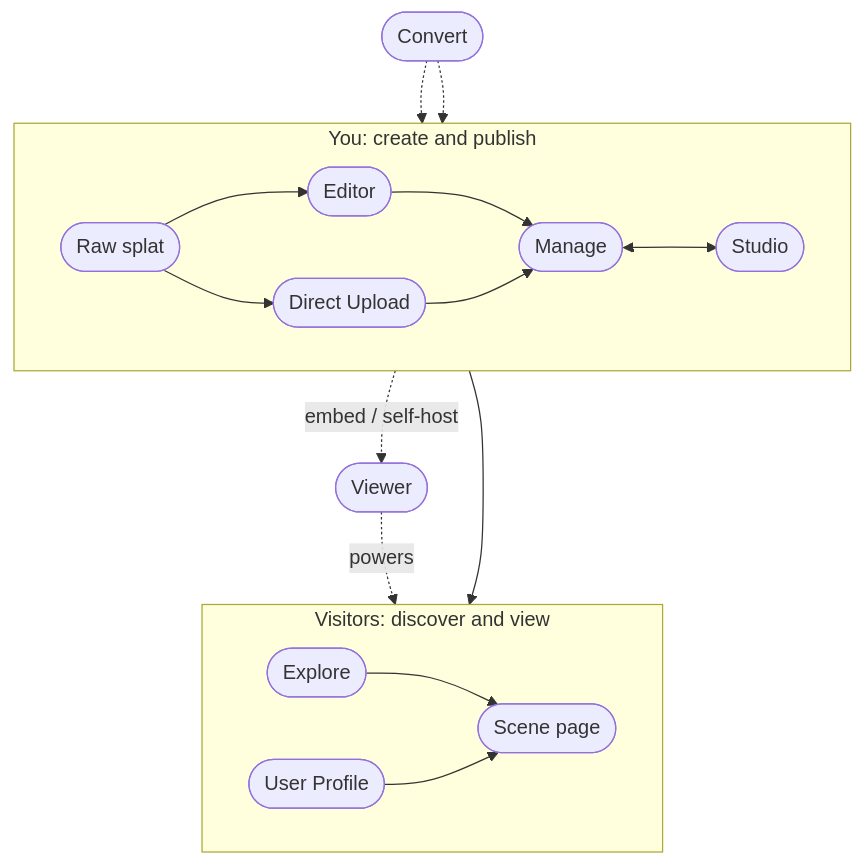
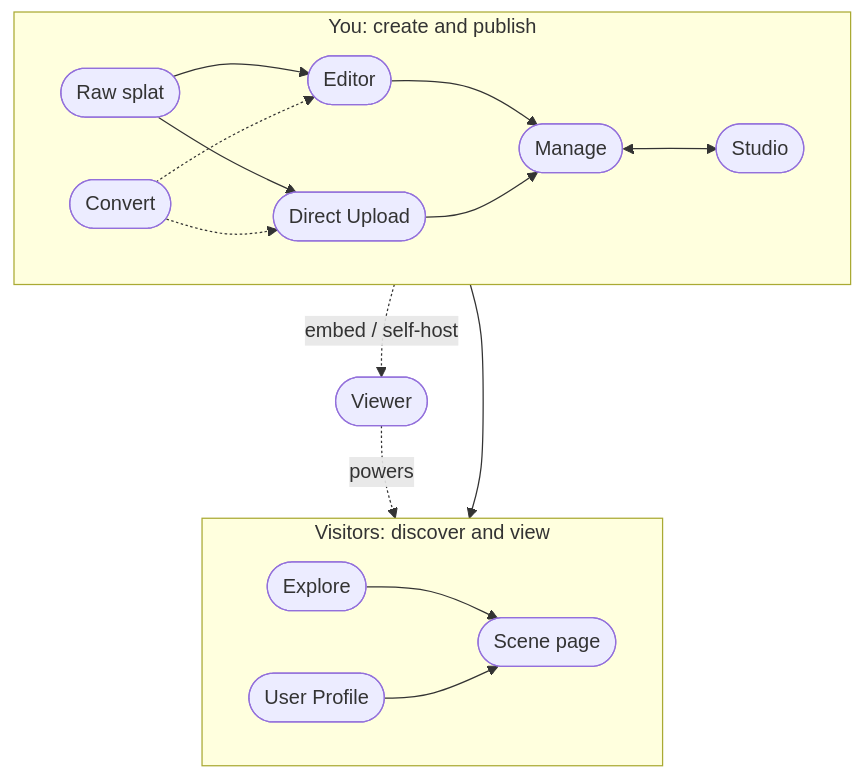
Before and after one commit to playcanvas/developer-site: the diagram in docs/user-manual/supersplat/index.md, drawn with Mermaid. The commit also changed 1 other file, not shown here.

Commit message:
Move Convert inside the "You: create and publish" lane
Convert is a creator-side prep tool feeding Editor/Direct Upload (visitors
never use it), so it belongs in the You lane rather than floating outside.
EN + JA.

````diff
--- a/docs/user-manual/supersplat/index.md
+++ b/docs/user-manual/supersplat/index.md
@@ -10,24 +10,23 @@
 ```mermaid
 flowchart TB
     subgraph you [You: create and publish]
         direction LR
         raw([Raw splat]) --> editor([Editor])
         raw --> upload([Direct Upload])
+        convert([Convert]) -.-> editor
+        convert -.-> upload
         editor --> manage([Manage])
         upload --> manage
         manage <--> studio([Studio])
     end
 
     manage --> scene([Scene page])
     manage -.->|embed / self-host| viewer([Viewer])
     viewer -.->|powers| scene
 
     subgraph visitors [Visitors: discover and view]
         direction LR
         explore([Explore]) --> scene
         profile([User Profile]) --> scene
     end
-
-    convert([Convert]) -.-> editor
-    convert -.-> upload
 ```
````
